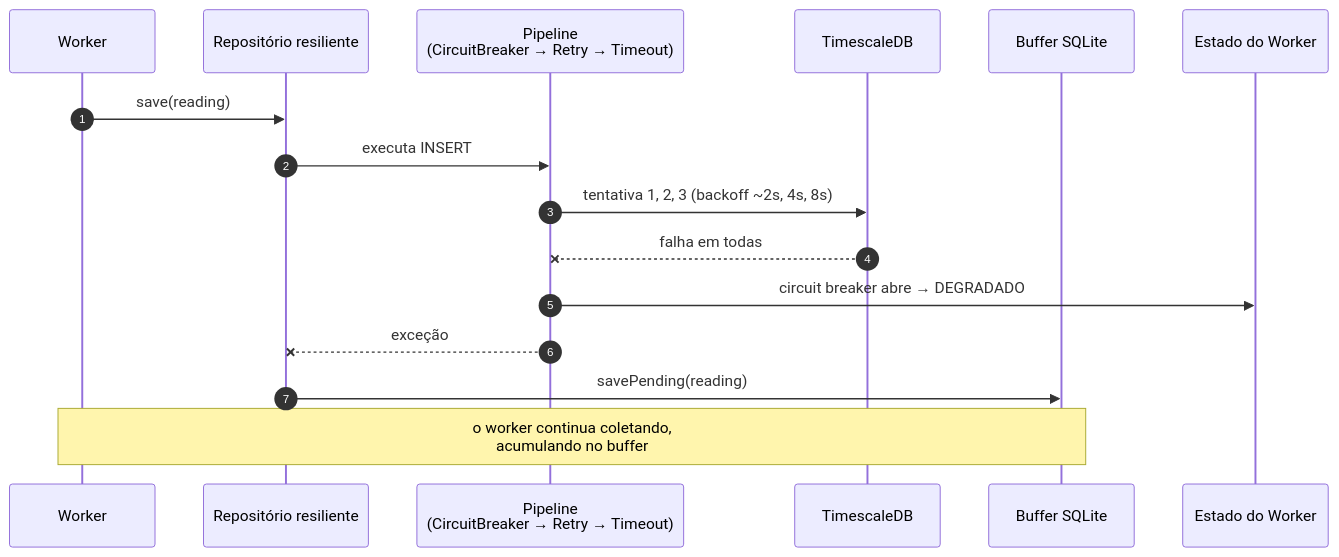
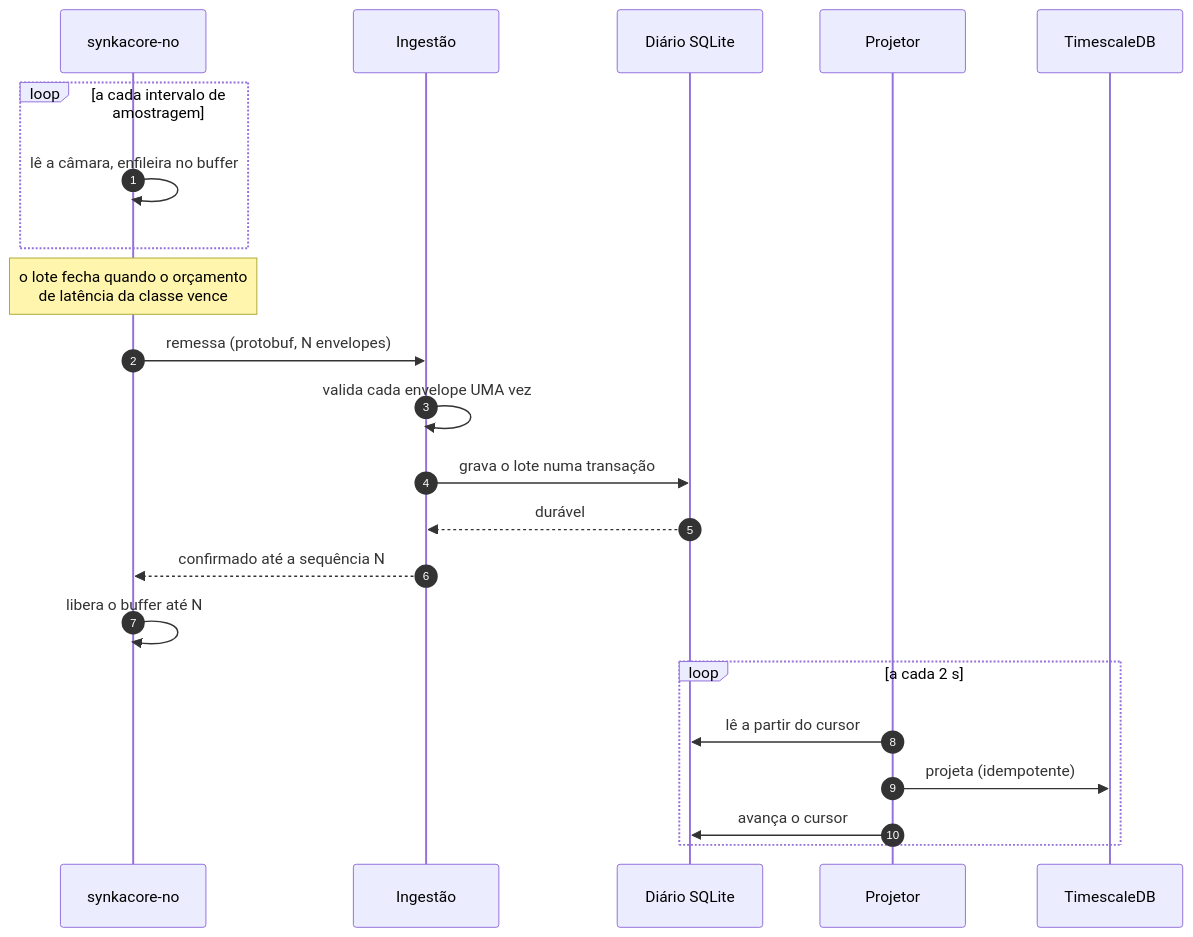
Before and after one commit to ViktorWalde/SynkaCore: the fifth of 9 diagrams in docs/VISAO-GERAL.md, drawn with Mermaid. The commit also changed other lines of this file and 124 other files, not shown here.

````diff
--- a/docs/VISAO-GERAL.md
+++ b/docs/VISAO-GERAL.md
@@ -92,19 +91,28 @@
 ```mermaid
 sequenceDiagram
     autonumber
-    participant W as Worker
-    participant R as Repositório resiliente
-    participant Pipe as Pipeline<br/>(CircuitBreaker → Retry → Timeout)
-    participant DB as TimescaleDB
-    participant BUF as Buffer SQLite
-    participant ST as Estado do Worker
+    participant NO as synkacore-no
+    participant ING as Ingestão
+    participant DIA as Diário SQLite
+    participant PRO as Projetor
+    participant TS as TimescaleDB
 
-    W->>R: save(reading)
-    R->>Pipe: executa INSERT
-    Pipe->>DB: tentativa 1, 2, 3 (backoff ~2s, 4s, 8s)
-    DB--xPipe: falha em todas
-    Pipe->>ST: circuit breaker abre → DEGRADADO
-    Pipe--xR: exceção
-    R->>BUF: savePending(reading)
-    Note over W,BUF: o worker continua coletando,<br/>acumulando no buffer
+    loop a cada intervalo de amostragem
+        NO->>NO: lê a câmara, enfileira no buffer
+    end
+
+    Note over NO: o lote fecha quando o orçamento<br/>de latência da classe vence
+
+    NO->>ING: remessa (protobuf, N envelopes)
+    ING->>ING: valida cada envelope UMA vez
+    ING->>DIA: grava o lote numa transação
+    DIA-->>ING: durável
+    ING-->>NO: confirmado até a sequência N
+    NO->>NO: libera o buffer até N
+
+    loop a cada 2 s
+        PRO->>DIA: lê a partir do cursor
+        PRO->>TS: projeta (idempotente)
+        PRO->>DIA: avança o cursor
+    end
 ```
````
